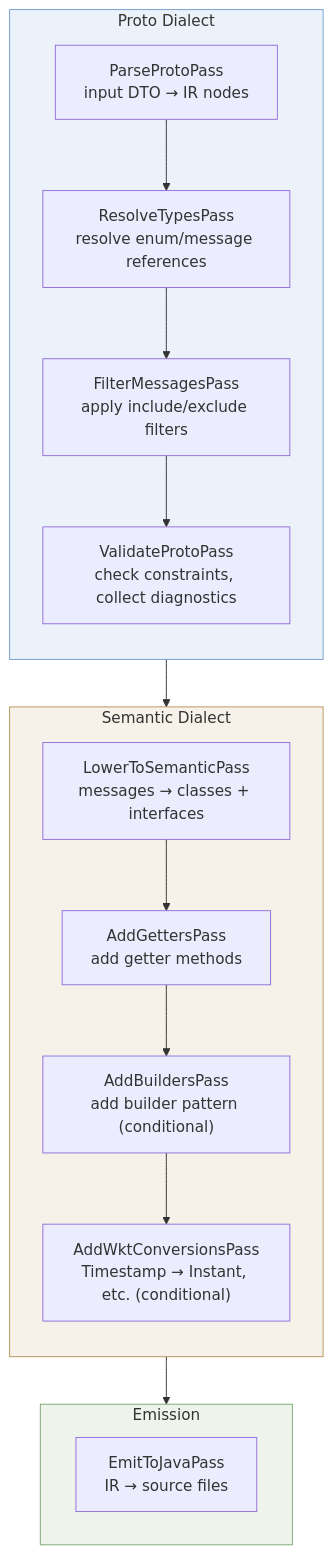
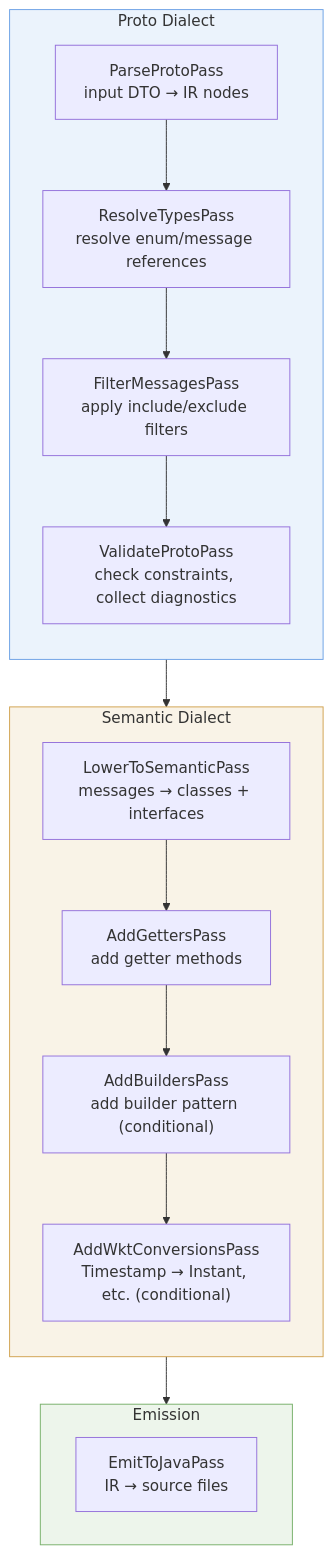
Before and after one commit to alnovis/nebula: the third of 5 diagrams in content/blog/compiler-ideas-for-code-generation.md, drawn with Mermaid. The commit also changed other lines of this file and 20 other files, not shown here.

````diff
--- a/content/blog/compiler-ideas-for-code-generation.md
+++ b/content/blog/compiler-ideas-for-code-generation.md
@@ -118,30 +118,30 @@
 ```mermaid
 flowchart TB
     subgraph proto["Proto Dialect"]
         direction TB
         P1["ParseProtoPass\ninput DTO → IR nodes"]
         P2["ResolveTypesPass\nresolve enum/message references"]
         P3["FilterMessagesPass\napply include/exclude filters"]
         P4["ValidateProtoPass\ncheck constraints, collect diagnostics"]
         P1 --> P2 --> P3 --> P4
     end
 
     subgraph semantic["Semantic Dialect"]
         direction TB
         S1["LowerToSemanticPass\nmessages → classes + interfaces"]
         S2["AddGettersPass\nadd getter methods"]
         S3["AddBuildersPass\nadd builder pattern (conditional)"]
         S4["AddWktConversionsPass\nTimestamp → Instant, etc. (conditional)"]
         S1 --> S2 --> S3 --> S4
     end
 
     subgraph emit["Emission"]
         E1["EmitToJavaPass\nIR → source files"]
     end
 
     proto --> semantic --> emit
 
-    style proto fill:#759ed222,stroke:#759ed2
-    style semantic fill:#b8955922,stroke:#b89559
-    style emit fill:#7da97422,stroke:#7da974
+    style proto fill:#6ca1e522,stroke:#6ca1e5
+    style semantic fill:#d1a24f22,stroke:#d1a24f
+    style emit fill:#77b06a22,stroke:#77b06a
 ```
````
